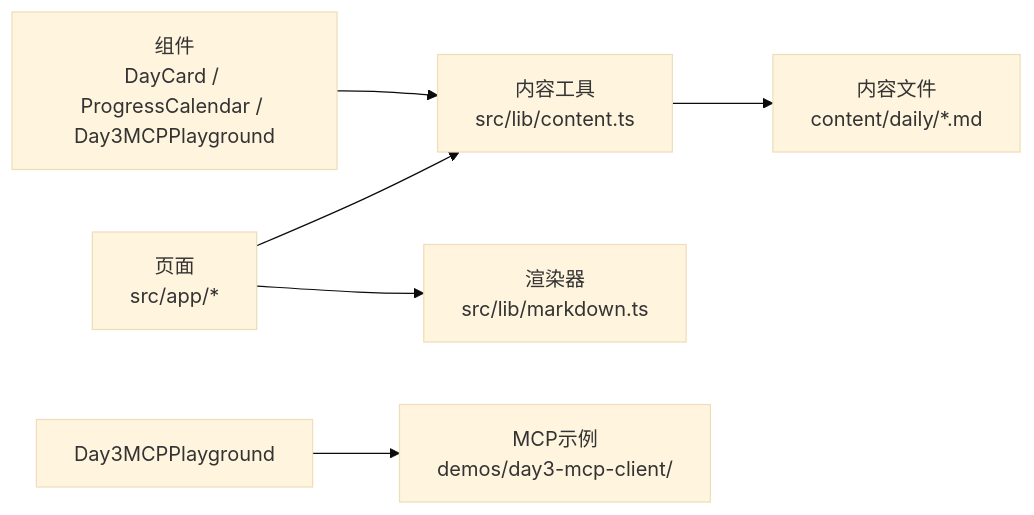
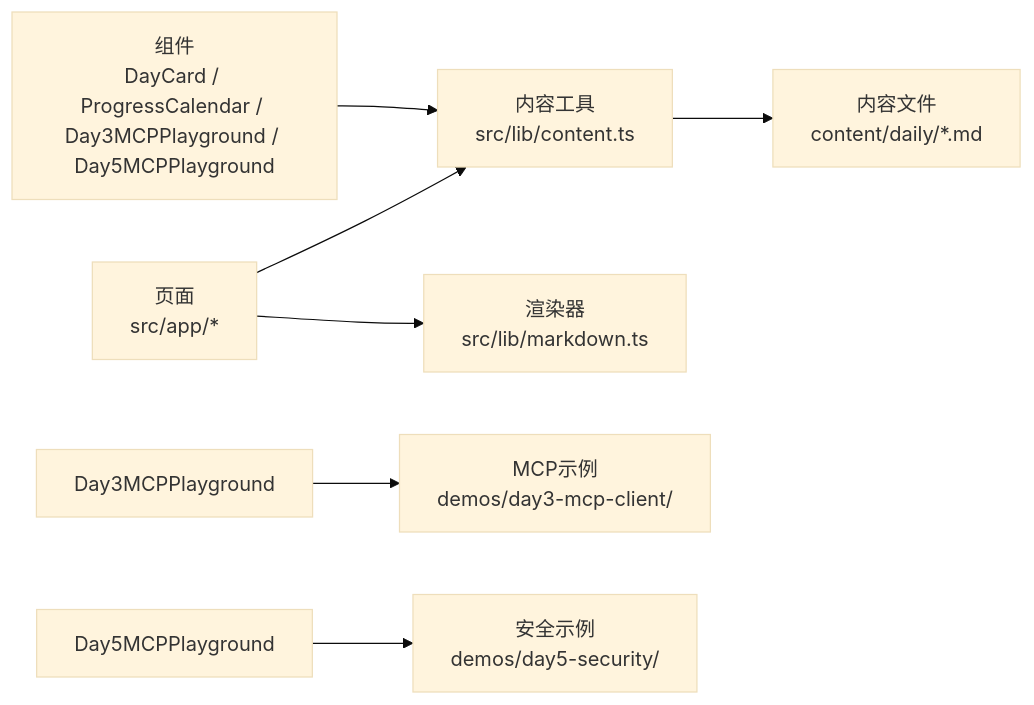
Before and after one commit to Leslie-Chuan/classic-example: the third of 4 diagrams in .qoder/repowiki/zh/content/每日学习内容.md, drawn with Mermaid (base theme). The commit also changed other lines of this file and 49 other files, not shown here.

````diff
--- a/.qoder/repowiki/zh/content/每日学习内容.md
+++ b/.qoder/repowiki/zh/content/每日学习内容.md
@@ -226,8 +252,9 @@
 ```mermaid
 graph LR
 Page["页面<br/>src/app/*"] --> Content["内容工具<br/>src/lib/content.ts"]
 Page --> MD["渲染器<br/>src/lib/markdown.ts"]
-Components["组件<br/>DayCard / ProgressCalendar / Day3MCPPlayground"] --> Content
+Components["组件<br/>DayCard / ProgressCalendar / Day3MCPPlayground / Day5MCPPlayground"] --> Content
 Content --> Files["内容文件<br/>content/daily/*.md"]
 Day3MCPPlayground --> MCPEx["MCP示例<br/>demos/day3-mcp-client/"]
+Day5MCPPlayground --> SecurityEx["安全示例<br/>demos/day5-security/"]
 ```
````
